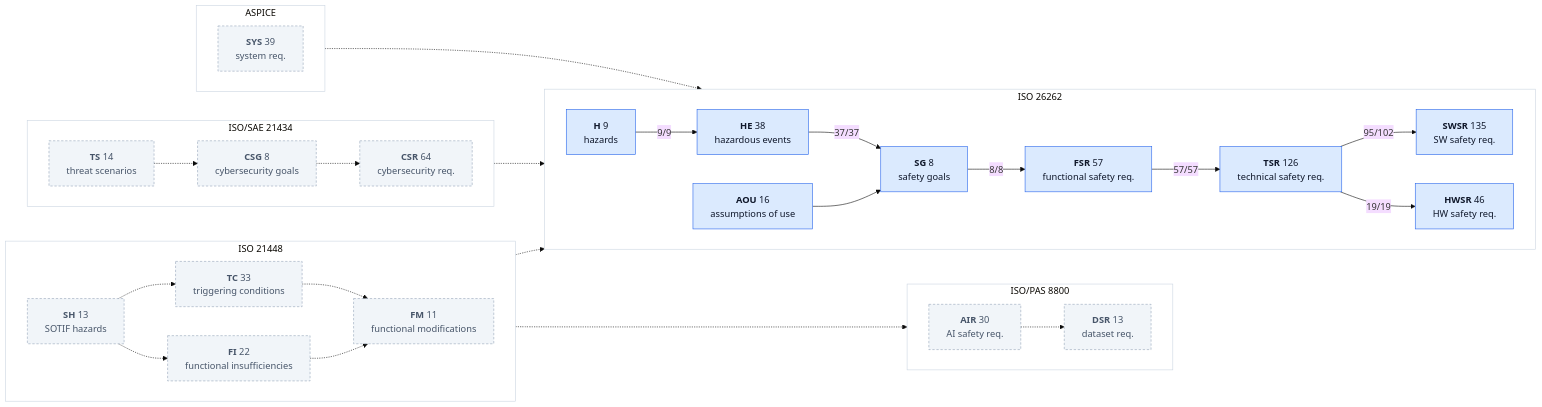
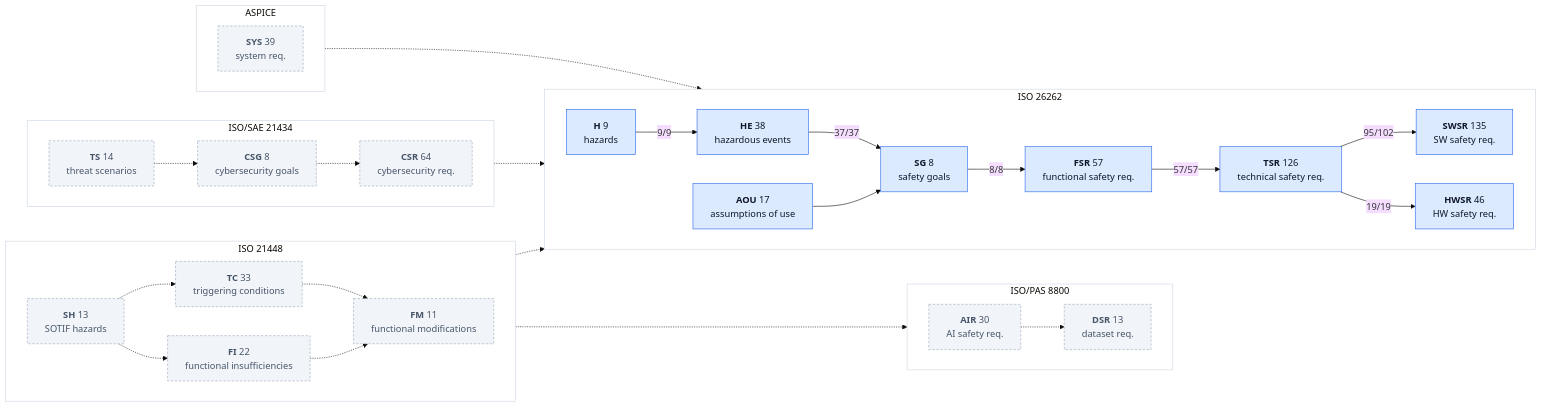
Before and after one commit to jherrodthomas/LionDriver: the second of 2 diagrams in assurance/trace/maps/aspice-trace-map.md, drawn with Mermaid (base theme). The commit also changed other lines of this file and 13 other files, not shown here.

````diff
--- a/assurance/trace/maps/aspice-trace-map.md
+++ b/assurance/trace/maps/aspice-trace-map.md
@@ -188,61 +188,61 @@
 ```mermaid
 flowchart LR
   subgraph ISO26262["ISO 26262"]
     direction LR
     kH["<b>H</b> 9<br/>hazards"]:::traced
     kHE["<b>HE</b> 38<br/>hazardous events"]:::traced
     kSG["<b>SG</b> 8<br/>safety goals"]:::traced
     kFSR["<b>FSR</b> 57<br/>functional safety req."]:::traced
     kTSR["<b>TSR</b> 126<br/>technical safety req."]:::traced
     kSWSR["<b>SWSR</b> 135<br/>SW safety req."]:::traced
     kHWSR["<b>HWSR</b> 46<br/>HW safety req."]:::traced
-    kAOU["<b>AOU</b> 16<br/>assumptions of use"]:::traced
+    kAOU["<b>AOU</b> 17<br/>assumptions of use"]:::traced
   end
   style ISO26262 fill:#FFFFFF,stroke:#CBD5E1
   subgraph ISO21448["ISO 21448"]
     direction LR
     kSH["<b>SH</b> 13<br/>SOTIF hazards"]:::doc
     kTC["<b>TC</b> 33<br/>triggering conditions"]:::doc
     kFI["<b>FI</b> 22<br/>functional insufficiencies"]:::doc
     kFM["<b>FM</b> 11<br/>functional modifications"]:::doc
   end
   style ISO21448 fill:#FFFFFF,stroke:#CBD5E1
   subgraph ISOPAS8800["ISO/PAS 8800"]
     direction LR
     kAIR["<b>AIR</b> 30<br/>AI safety req."]:::doc
     kDSR["<b>DSR</b> 13<br/>dataset req."]:::doc
   end
   style ISOPAS8800 fill:#FFFFFF,stroke:#CBD5E1
   subgraph ISOSAE21434["ISO/SAE 21434"]
     direction LR
     kTS["<b>TS</b> 14<br/>threat scenarios"]:::doc
     kCSG["<b>CSG</b> 8<br/>cybersecurity goals"]:::doc
     kCSR["<b>CSR</b> 64<br/>cybersecurity req."]:::doc
   end
   style ISOSAE21434 fill:#FFFFFF,stroke:#CBD5E1
   subgraph ASPICE["ASPICE"]
     direction LR
     kSYS["<b>SYS</b> 39<br/>system req."]:::doc
   end
   style ASPICE fill:#FFFFFF,stroke:#CBD5E1
   kH -->|"9/9"| kHE
   kHE -->|"37/37"| kSG
   kSG -->|"8/8"| kFSR
   kFSR -->|"57/57"| kTSR
   kTSR -->|"95/102"| kSWSR
   kTSR -->|"19/19"| kHWSR
   kAOU --> kSG
   kSH -.-> kTC
   kSH -.-> kFI
   kTC -.-> kFM
   kFI -.-> kFM
   kSH -.-> kHE
   kFI -.-> kAIR
   kAIR -.-> kDSR
   kTS -.-> kCSG
   kCSG -.-> kCSR
   kCSG -.-> kSG
   kSYS -.-> kTSR
   classDef traced fill:#DBEAFE,stroke:#2563EB,color:#0F172A
   classDef doc fill:#F1F5F9,stroke:#94A3B8,stroke-dasharray:4 3,color:#475569
 ```
````
